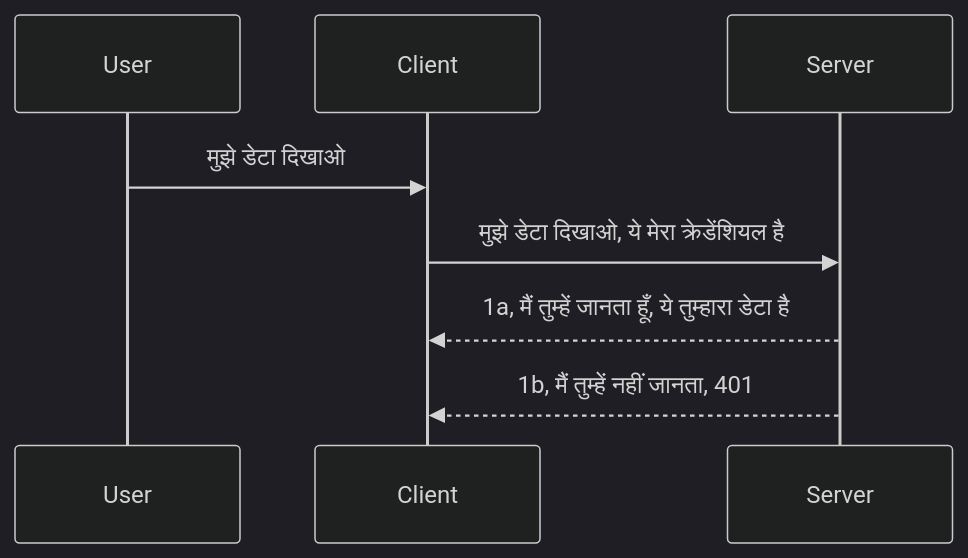
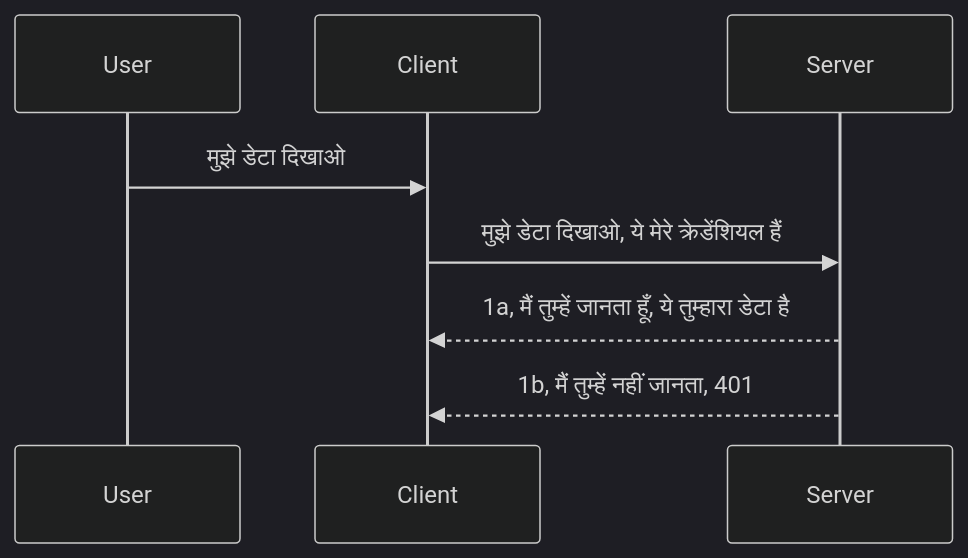
One commit to HIDORAKAI002/ai-workspace-archive changed the diagram in mcp_ecosystem__model_context_protocol/mcp_learning_resources/mcp-for-beginners/translations/hi/03-GettingStarted/11-simple-auth/README.md. Above: the diagram before and after it, drawn with Mermaid (dark theme). The commit also changed other lines of this file and 1160 other files, not shown here.

````diff
--- a/mcp_ecosystem__model_context_protocol/mcp_learning_resources/mcp-for-beginners/translations/hi/03-GettingStarted/11-simple-auth/README.md
+++ b/mcp_ecosystem__model_context_protocol/mcp_learning_resources/mcp-for-beginners/translations/hi/03-GettingStarted/11-simple-auth/README.md
@@ -24,11 +24,11 @@
 ```mermaid
 sequenceDiagram
    participant User
    participant Client
    participant Server
 
    User->>Client: मुझे डेटा दिखाओ
-   Client->>Server: मुझे डेटा दिखाओ, ये मेरा क्रेडेंशियल है
+   Client->>Server: मुझे डेटा दिखाओ, ये मेरे क्रेडेंशियल हैं
    Server-->>Client: 1a, मैं तुम्हें जानता हूँ, ये तुम्हारा डेटा है
    Server-->>Client: 1b, मैं तुम्हें नहीं जानता, 401 
 ```
````
